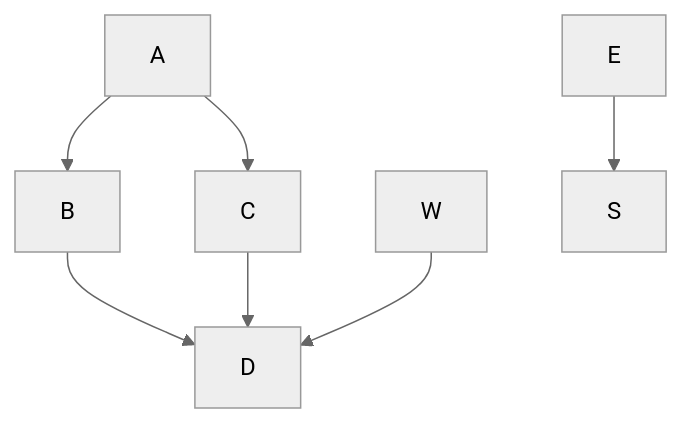
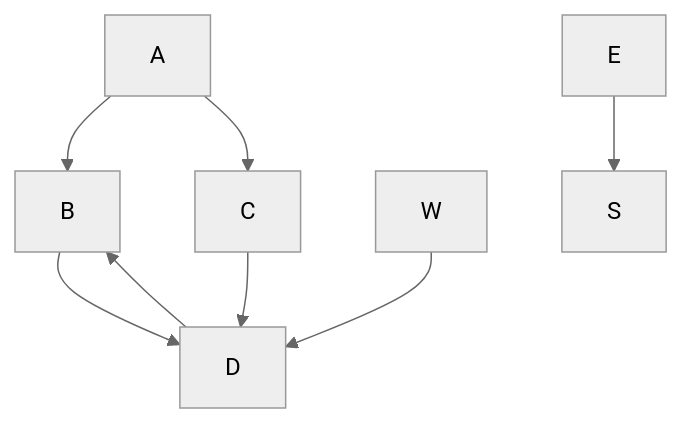
The first of 2 diagrams in test/flow_inline.md (neenjaw/mermaid-markdown-test), drawn with Mermaid (neutral theme) before and after one commit.

````diff
--- a/test/flow_inline.md
+++ b/test/flow_inline.md
@@ -5,10 +5,10 @@
 ```mermaid
 graph TD;
     A-->B;
     A-->C;
     B-->D;
     C-->D;
     W-->D;
     E-->S;
-
+    D-->B;
 ```
````
